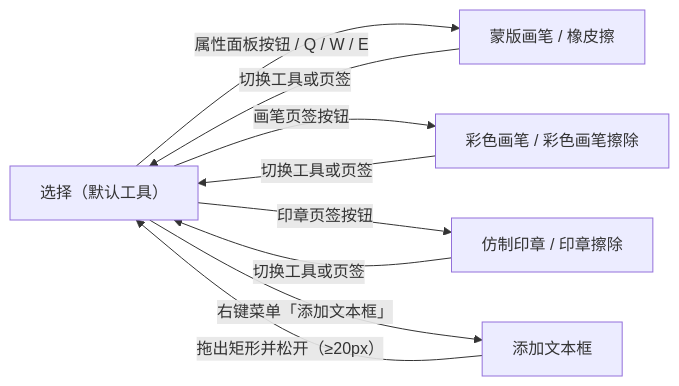
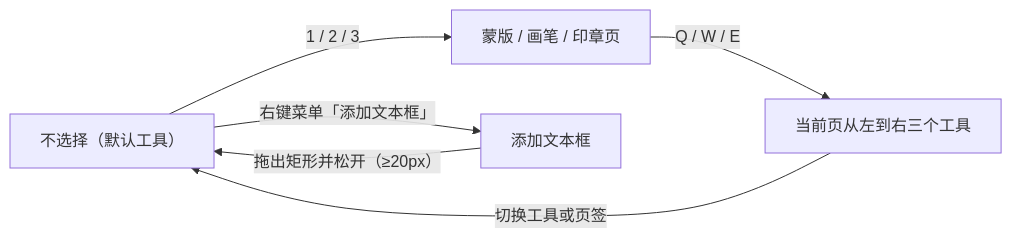
One commit to hgmzhn/manga-translator-ui changed the first of 2 diagrams in doc/wiki/zh/desktop/editor/canvas-tools-and-selection.md. Above: the diagram before and after it, drawn with Mermaid. The commit also changed other lines of this file and 15 other files, not shown here.

````diff
--- a/doc/wiki/zh/desktop/editor/canvas-tools-and-selection.md
+++ b/doc/wiki/zh/desktop/editor/canvas-tools-and-selection.md
@@ -63,11 +63,8 @@
 ```mermaid
 flowchart LR
-    S["选择（默认工具）"] -->|"属性面板按钮 / Q / W / E"| B["蒙版画笔 / 橡皮擦"]
-    S -->|"画笔页签按钮"| P["彩色画笔 / 彩色画笔擦除"]
-    S -->|"印章页签按钮"| C["仿制印章 / 印章擦除"]
+    S["不选择（默认工具）"] -->|"1 / 2 / 3"| T["蒙版 / 画笔 / 印章页"]
+    T -->|"Q / W / E"| B["当前页从左到右三个工具"]
     S -->|"右键菜单「添加文本框」"| D["添加文本框"]
     D -->|"拖出矩形并松开（≥20px）"| S
     B -->|"切换工具或页签"| S
-    P -->|"切换工具或页签"| S
-    C -->|"切换工具或页签"| S
 ```
````
